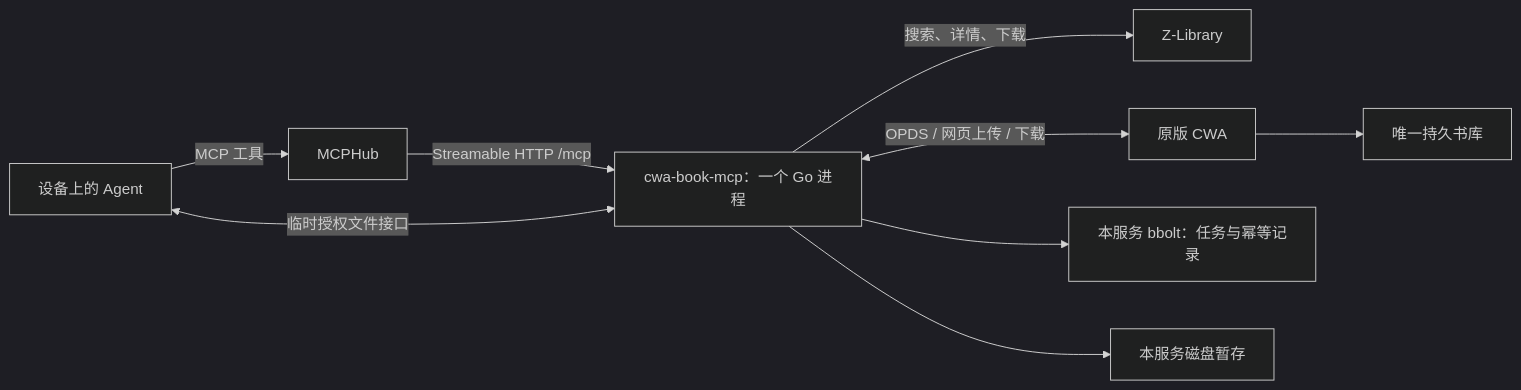
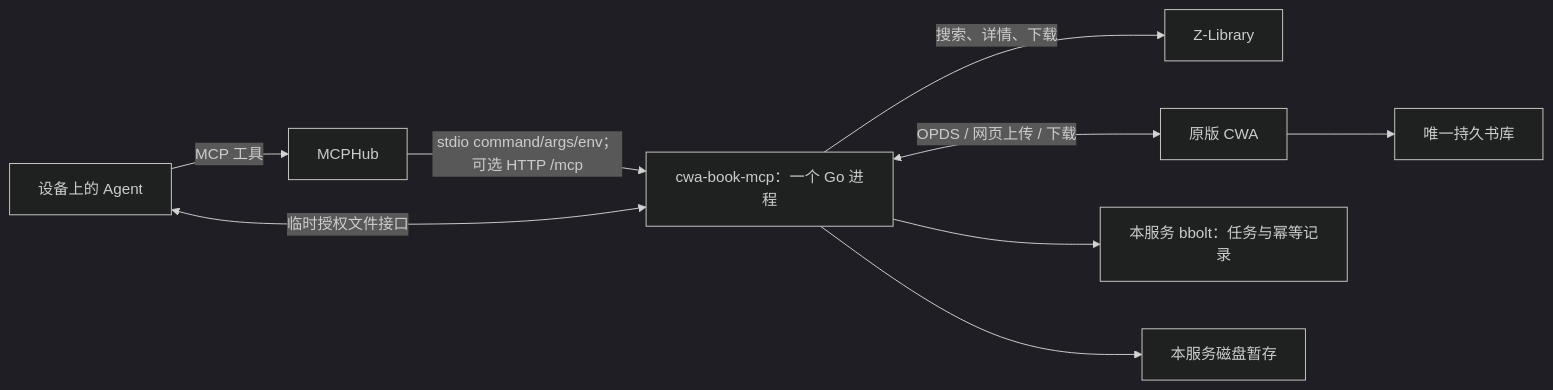
The first of 2 diagrams in plan/01-architecture.md (mmm1h/cwa-book-mcp), drawn with Mermaid (dark theme) before and after one commit. The commit also changed other lines of this file and 23 other files, not shown here.

Commit message:
feat: let MCPHub launch the book service directly over stdio

```diff
--- a/plan/01-architecture.md
+++ b/plan/01-architecture.md
@@ -5,11 +5,11 @@
 ~~~mermaid
 flowchart LR
     A["设备上的 Agent"] -->|"MCP 工具"| H["MCPHub"]
-    H -->|"Streamable HTTP /mcp"| M["cwa-book-mcp：一个 Go 进程"]
+    H -->|"stdio command/args/env；可选 HTTP /mcp"| M["cwa-book-mcp：一个 Go 进程"]
     A <-->|"临时授权文件接口"| M
     M -->|"搜索、详情、下载"| Z["Z-Library"]
     M <-->|"OPDS / 网页上传 / 下载"| C["原版 CWA"]
     M --> B["本服务 bbolt：任务与幂等记录"]
     M --> T["本服务磁盘暂存"]
     C --> L["唯一持久书库"]
 ~~~
```
